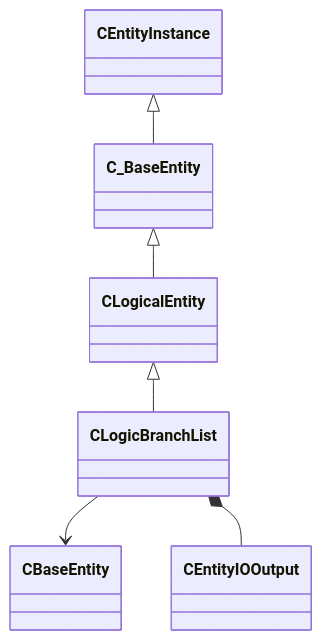
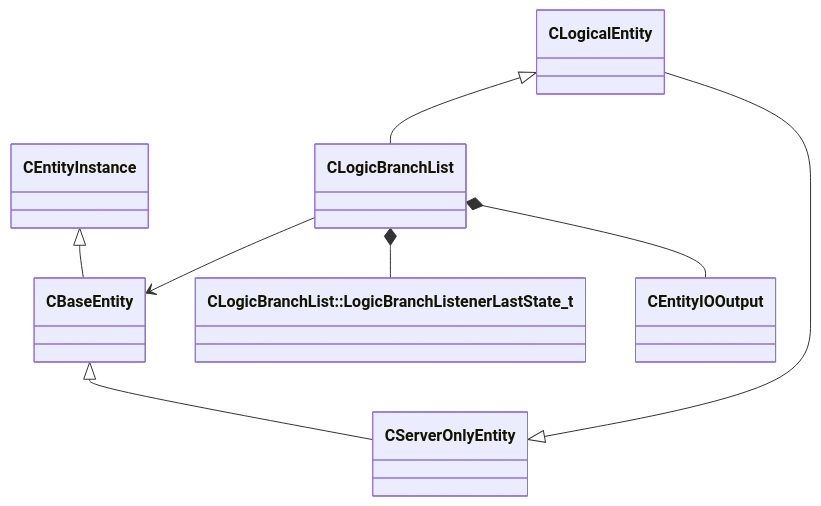
One commit to CS2OpenDev/CS2OpenDev-Docs changed the diagram in docs/generated/schemas/server/CLogicBranchList.md. Above: the diagram before and after it, drawn with Mermaid. The commit also changed other lines of this file and 4525 other files, not shown here.

````diff
--- a/docs/generated/schemas/server/CLogicBranchList.md
+++ b/docs/generated/schemas/server/CLogicBranchList.md
@@ -17,8 +19,10 @@
 ```mermaid
 classDiagram
     CLogicalEntity <|-- CLogicBranchList
-    C_BaseEntity <|-- CLogicalEntity
-    CEntityInstance <|-- C_BaseEntity
+    CServerOnlyEntity <|-- CLogicalEntity
+    CBaseEntity <|-- CServerOnlyEntity
+    CEntityInstance <|-- CBaseEntity
     CLogicBranchList --> CBaseEntity
+    CLogicBranchList *-- `CLogicBranchList::LogicBranchListenerLastState_t`
     CLogicBranchList *-- CEntityIOOutput
 ```
````
